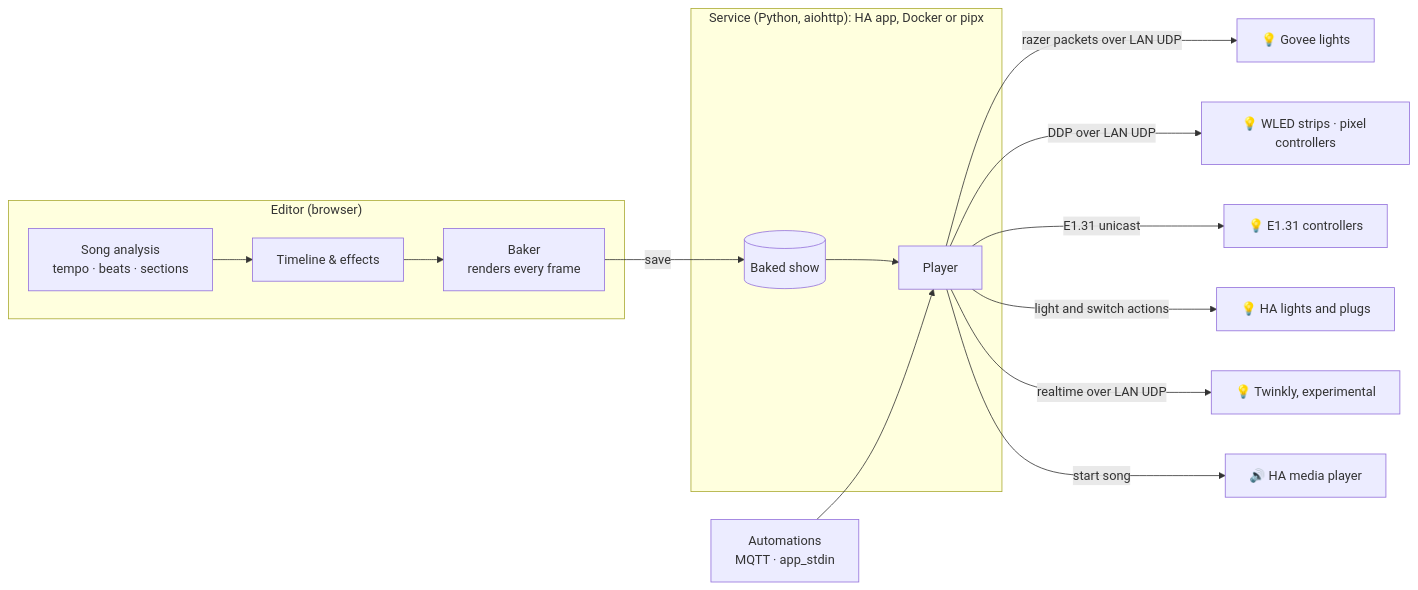
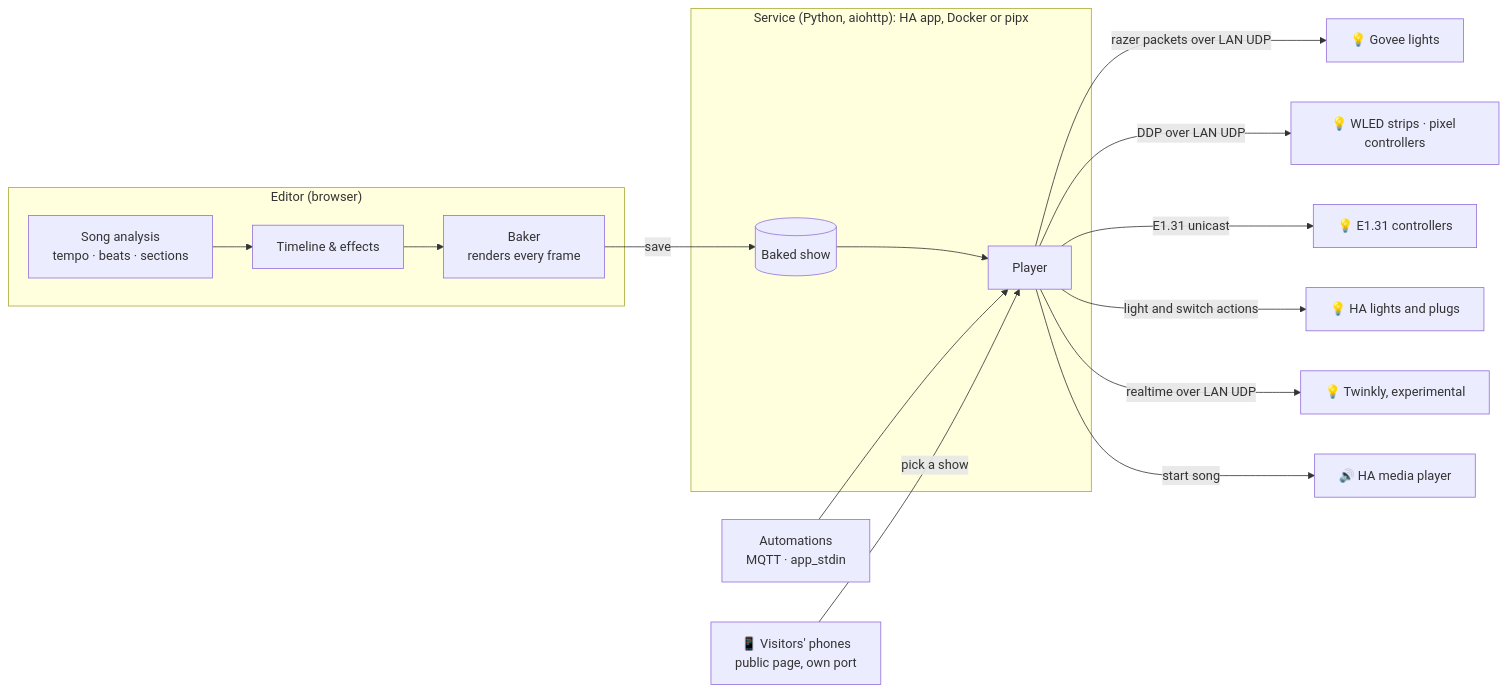
One commit to gdeboos/ha-liday-show changed the diagram in README.md. Above: the diagram before and after it, drawn with Mermaid. The commit also changed other lines of this file and 6 other files, not shown here.

````diff
--- a/README.md
+++ b/README.md
@@ -220,18 +225,19 @@
 ```mermaid
 flowchart LR
     subgraph Browser["Editor (browser)"]
         A[Song analysis<br/>tempo · beats · sections] --> B[Timeline &amp; effects]
         B --> C[Baker<br/>renders every frame]
     end
     subgraph Addon["Service (Python, aiohttp): HA app, Docker or pipx"]
         D[(Baked show)] --> E[Player]
     end
     C -- save --> D
     E -- "razer packets over LAN UDP" --> F[💡 Govee lights]
     E -- "DDP over LAN UDP" --> W[💡 WLED strips · pixel controllers]
     E -- "E1.31 unicast" --> X[💡 E1.31 controllers]
     E -- "light and switch actions" --> Y[💡 HA lights and plugs]
     E -- "realtime over LAN UDP" --> Z[💡 Twinkly, experimental]
     E -- "start song" --> G[🔊 HA media player]
     H[Automations<br/>MQTT · app_stdin] --> E
+    V[📱 Visitors' phones<br/>public page, own port] -- "pick a show" --> E
 ```
````
